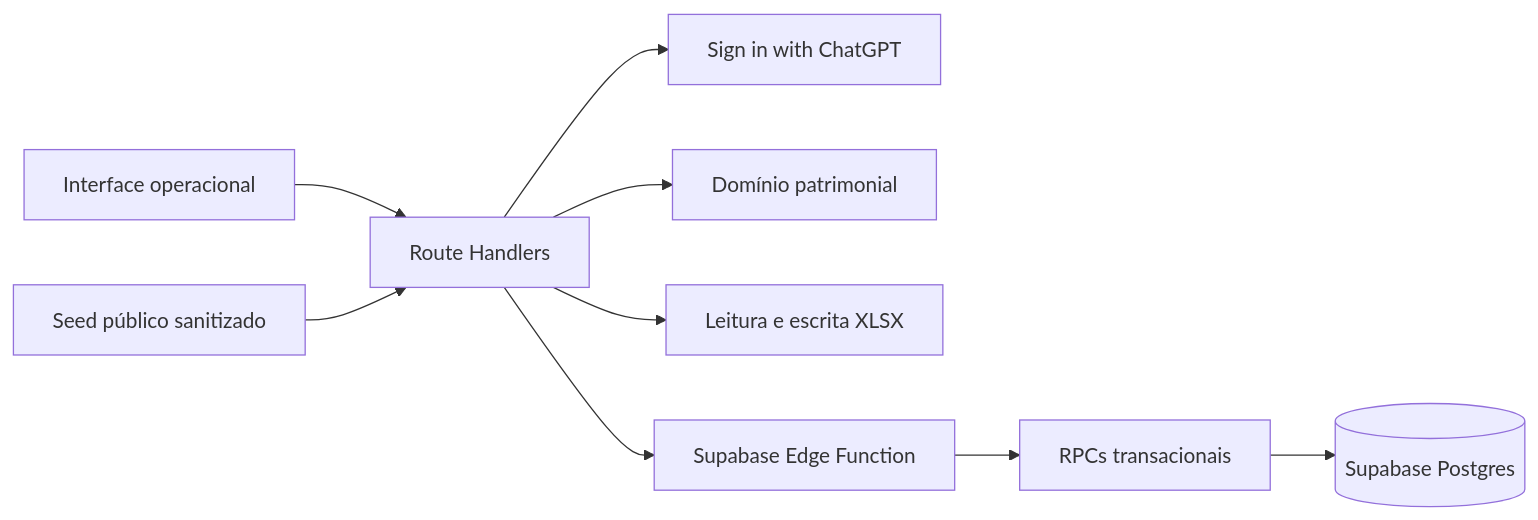
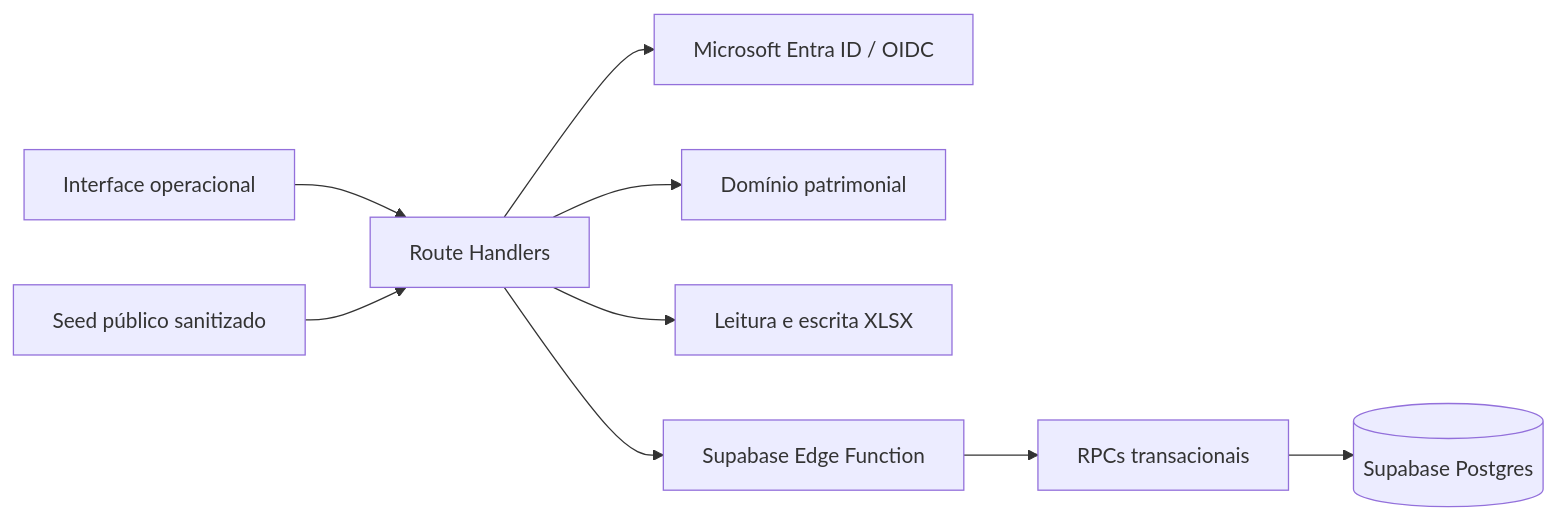
One commit to Kenjihidehira/patrimonio-ops-control changed the diagram in docs/architecture.md. Above: the diagram before and after it, drawn with Mermaid. The commit also changed other lines of this file and 25 other files, not shown here.

````diff
--- a/docs/architecture.md
+++ b/docs/architecture.md
@@ -5,11 +5,11 @@
 ```mermaid
 flowchart LR
     UI[Interface operacional] --> API[Route Handlers]
-    API --> AUTH[Sign in with ChatGPT]
+    API --> AUTH[Microsoft Entra ID / OIDC]
     API --> DOMAIN[Domínio patrimonial]
     API --> XLSX[Leitura e escrita XLSX]
     API --> GATEWAY[Supabase Edge Function]
     GATEWAY --> RPC[RPCs transacionais]
     RPC --> PG[(Supabase Postgres)]
     SEED[Seed público sanitizado] --> API
 ```
````
